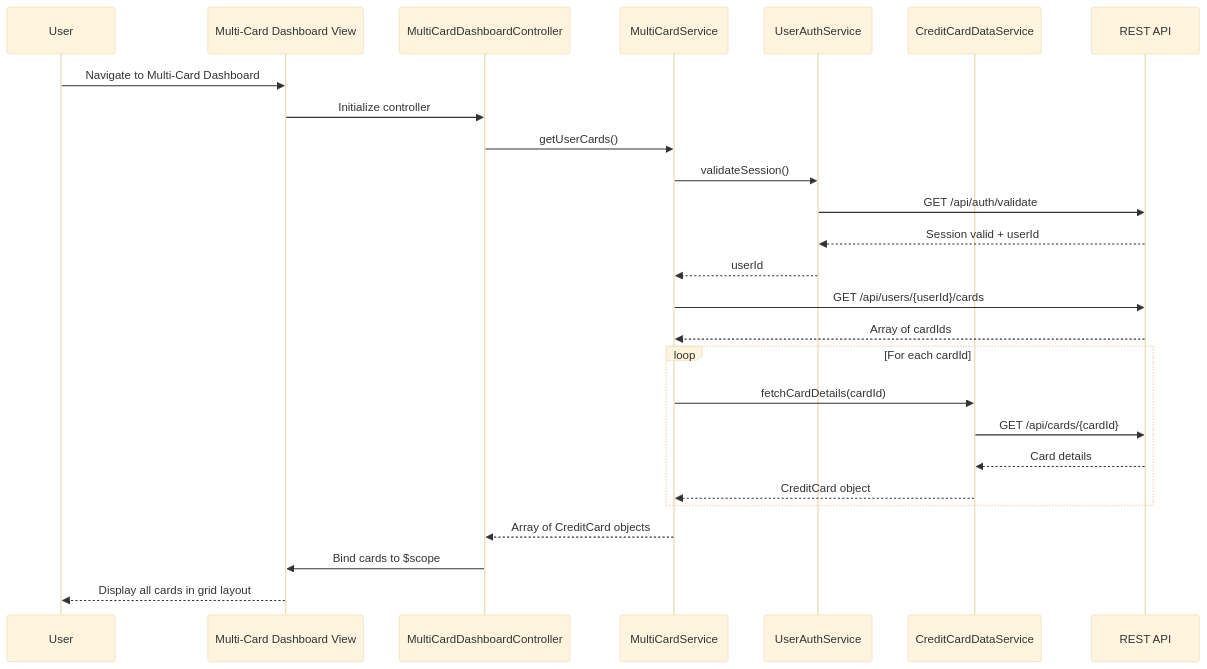
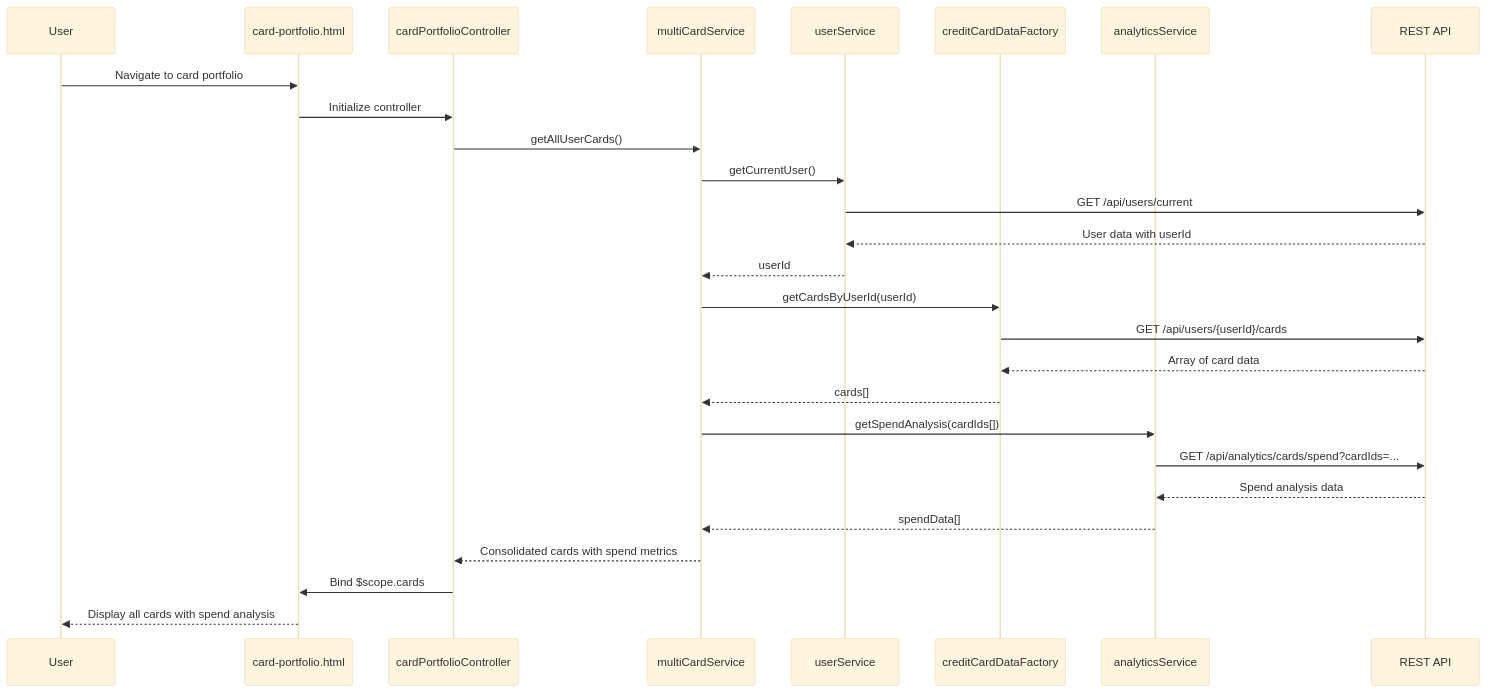
One commit to Davamani-git/APB_Demo changed the diagram in LLD/QE-4620_LLD.md. Above: the diagram before and after it, drawn with Mermaid (base theme). The commit also changed other lines of this file, not shown here.

````diff
--- a/LLD/QE-4620_LLD.md
+++ b/LLD/QE-4620_LLD.md
@@ -112,29 +102,30 @@
 ```mermaid
 sequenceDiagram
     participant User
-    participant UI as Multi-Card Dashboard View
-    participant Controller as MultiCardDashboardController
-    participant MCS as MultiCardService
-    participant UAS as UserAuthService
-    participant CCDS as CreditCardDataService
+    participant View as card-portfolio.html
+    participant Controller as cardPortfolioController
+    participant MultiCardSvc as multiCardService
+    participant UserSvc as userService
+    participant CardFactory as creditCardDataFactory
+    participant AnalyticsSvc as analyticsService
     participant API as REST API
 
-    User->>UI: Navigate to Multi-Card Dashboard
-    UI->>Controller: Initialize controller
-    Controller->>MCS: getUserCards()
-    MCS->>UAS: validateSession()
-    UAS->>API: GET /api/auth/validate
-    API-->>UAS: Session valid + userId
-    UAS-->>MCS: userId
-    MCS->>API: GET /api/users/{userId}/cards
-    API-->>MCS: Array of cardIds
-    loop For each cardId
-        MCS->>CCDS: fetchCardDetails(cardId)
-        CCDS->>API: GET /api/cards/{cardId}
-        API-->>CCDS: Card details
-        CCDS-->>MCS: CreditCard object
-    end
-    MCS-->>Controller: Array of CreditCard objects
-    Controller->>UI: Bind cards to $scope
-    UI-->>User: Display all cards in grid layout
+    User->>View: Navigate to card portfolio
+    View->>Controller: Initialize controller
+    Controller->>MultiCardSvc: getAllUserCards()
+    MultiCardSvc->>UserSvc: getCurrentUser()
+    UserSvc->>API: GET /api/users/current
+    API-->>UserSvc: User data with userId
+    UserSvc-->>MultiCardSvc: userId
+    MultiCardSvc->>CardFactory: getCardsByUserId(userId)
+    CardFactory->>API: GET /api/users/{userId}/cards
+    API-->>CardFactory: Array of card data
+    CardFactory-->>MultiCardSvc: cards[]
+    MultiCardSvc->>AnalyticsSvc: getSpendAnalysis(cardIds[])
+    AnalyticsSvc->>API: GET /api/analytics/cards/spend?cardIds=...
+    API-->>AnalyticsSvc: Spend analysis data
+    AnalyticsSvc-->>MultiCardSvc: spendData[]
+    MultiCardSvc-->>Controller: Consolidated cards with spend metrics
+    Controller->>View: Bind $scope.cards
+    View-->>User: Display all cards with spend analysis
 ```
````
